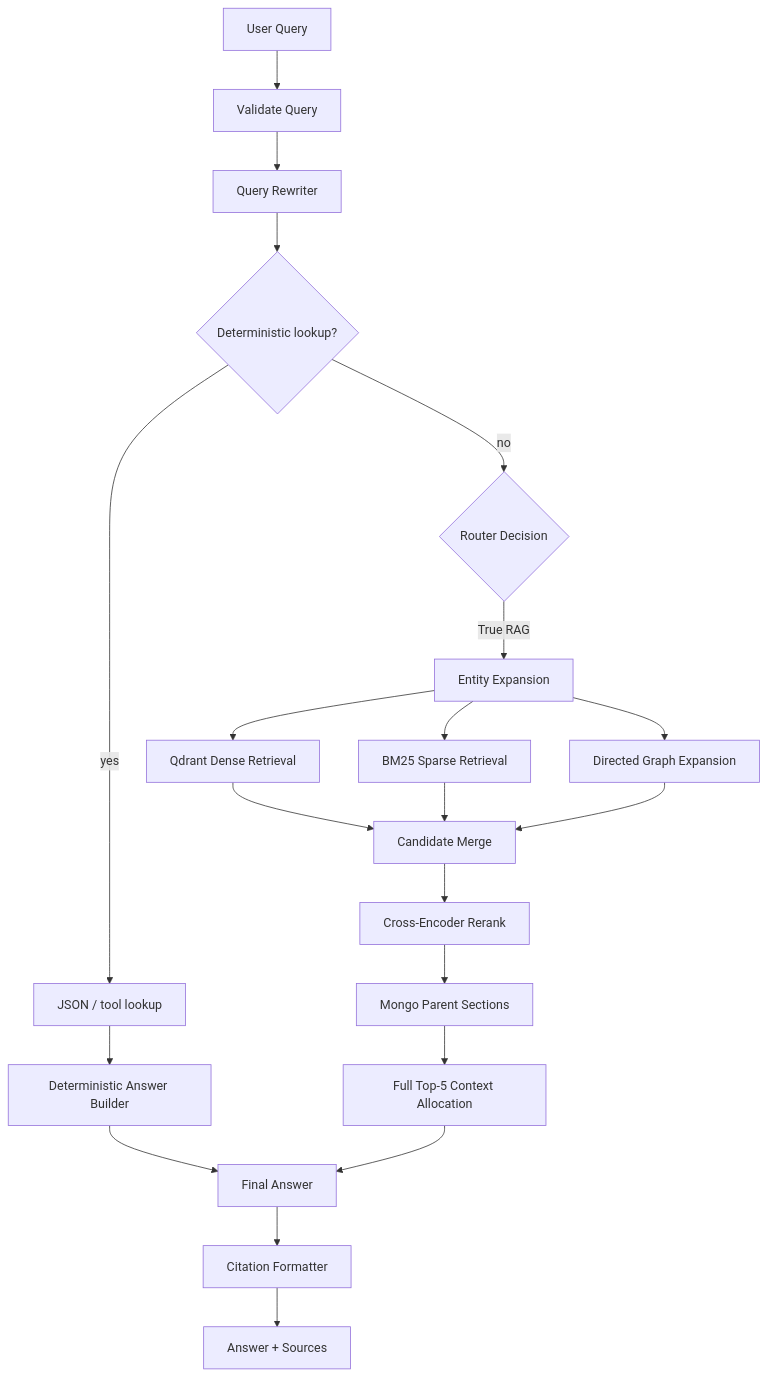
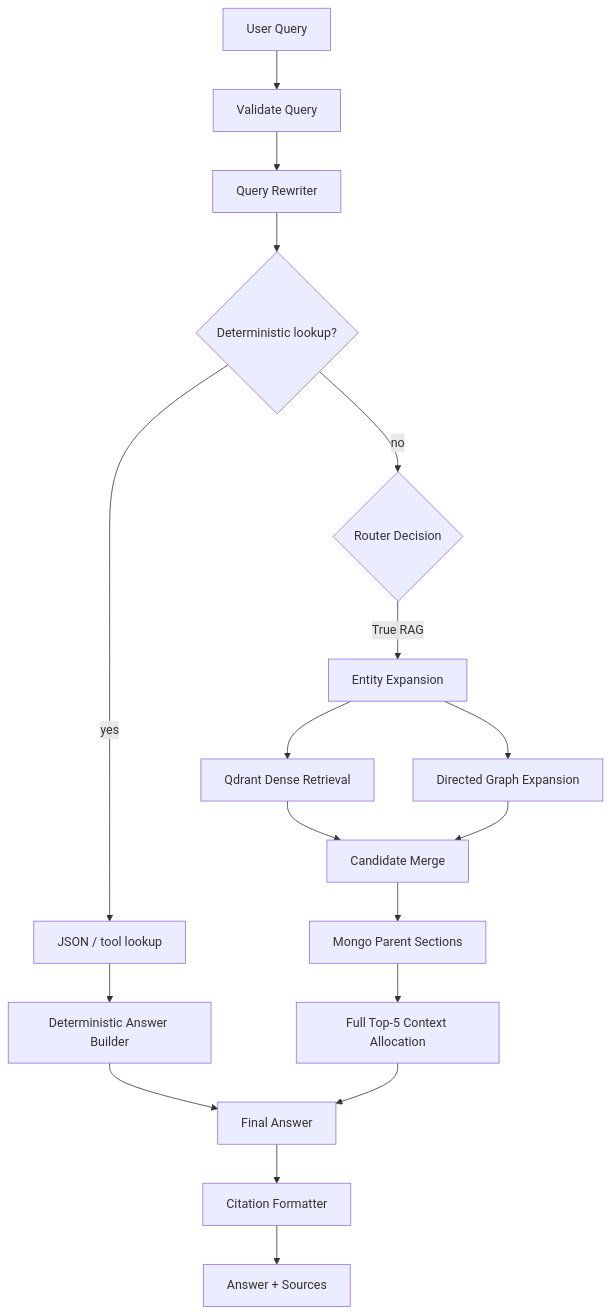
The second of 3 diagrams in README.md (AnhPhiNe/student-handbook-rag-chatbot), drawn with Mermaid before and after one commit. The commit also changed other lines of this file and 2 other files, not shown here.

````diff
--- a/README.md
+++ b/README.md
@@ -160,26 +156,23 @@
 ```mermaid
 flowchart TD
     Query["User Query"] --> Validate["Validate Query"]
     Validate --> Rewrite["Query Rewriter"]
     Rewrite --> Lookup{"Deterministic lookup?"}
 
     Lookup -->|yes| Structured["JSON / tool lookup"]
     Structured --> StructuredAnswer["Deterministic Answer Builder"]
 
     Lookup -->|no| Route{"Router Decision"}
     Route -->|True RAG| Expand["Entity Expansion"]
     Expand --> Vector["Qdrant Dense Retrieval"]
-    Expand --> Sparse["BM25 Sparse Retrieval"]
     Expand --> Graph["Directed Graph Expansion"]
     Vector --> Merge["Candidate Merge"]
-    Sparse --> Merge
     Graph --> Merge
-    Merge --> Rerank["Cross-Encoder Rerank"]
-    Rerank --> Parent["Mongo Parent Sections"]
+    Merge --> Parent["Mongo Parent Sections"]
     Parent --> Context["Full Top-5 Context Allocation"]
 
     StructuredAnswer --> Generate["Final Answer"]
     Context --> Generate
     Generate --> Cite["Citation Formatter"]
     Cite --> Output["Answer + Sources"]
 ```
````
